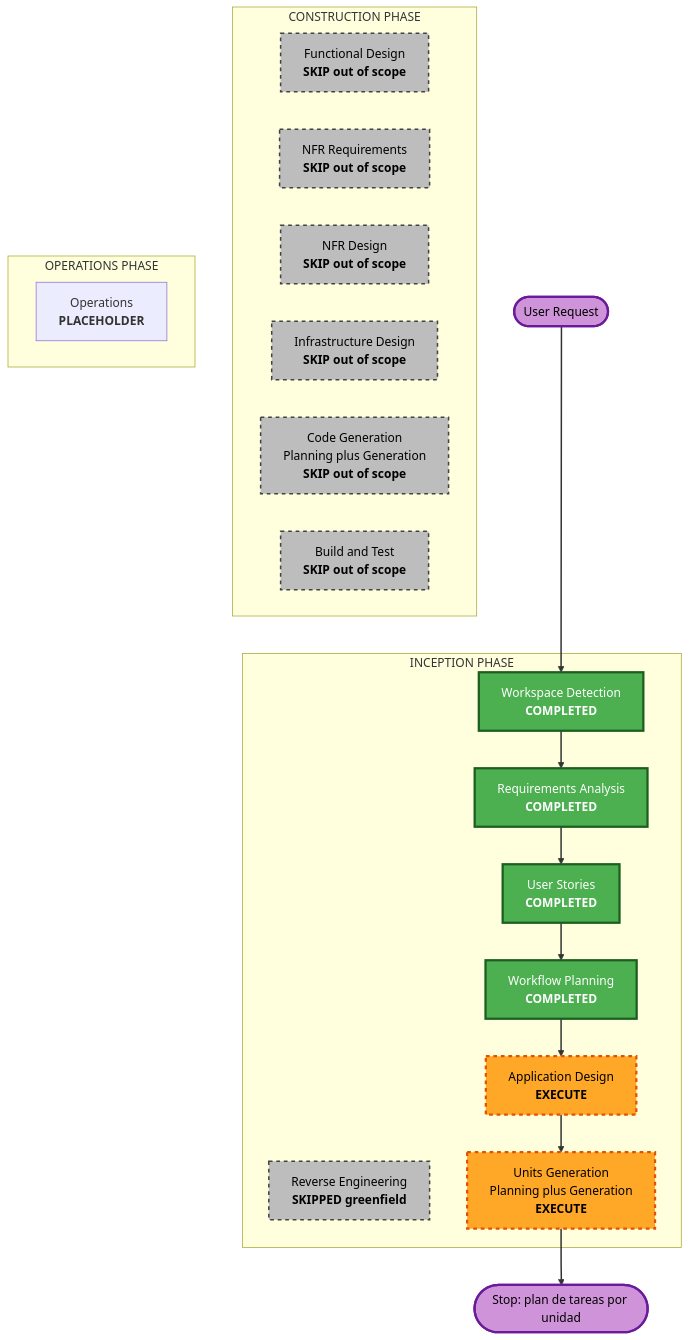
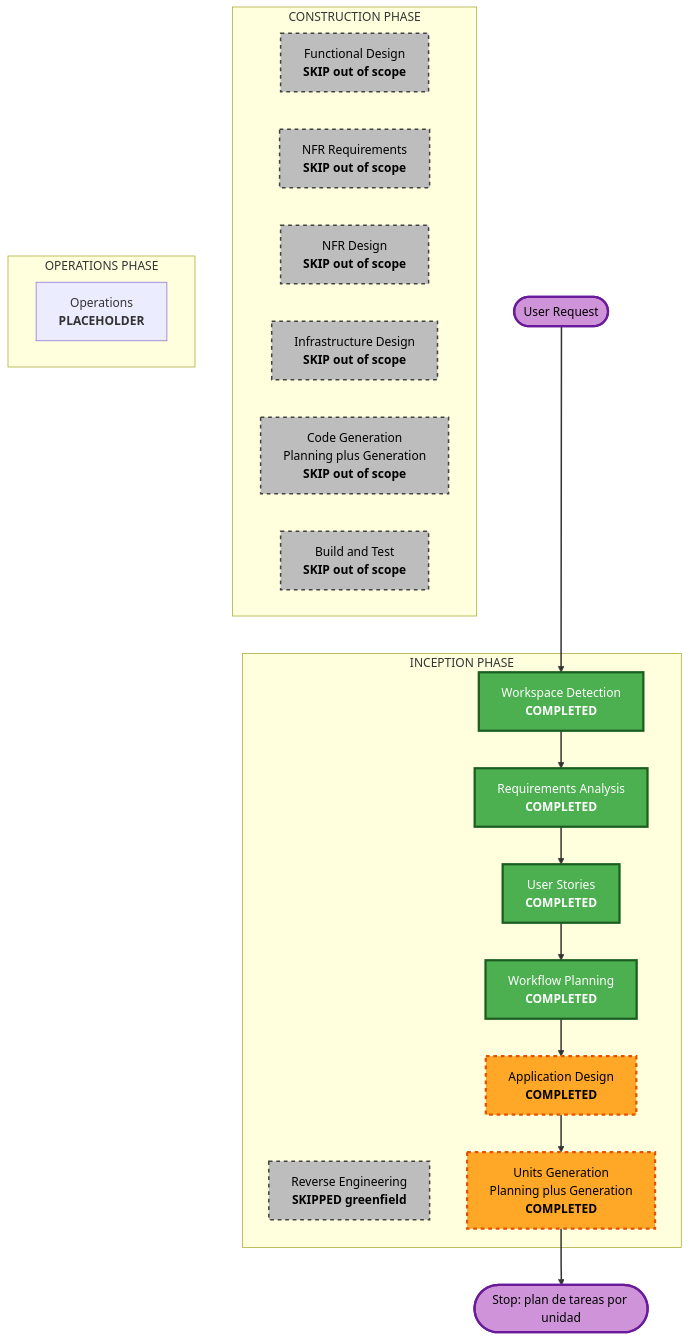
Before and after one commit to ogaston/agentic-qa-swarm: the diagram in aidlc-docs/inception/plans/execution-plan.md, drawn with Mermaid. The commit also changed other lines of this file and 25 other files, not shown here.

````diff
--- a/aidlc-docs/inception/plans/execution-plan.md
+++ b/aidlc-docs/inception/plans/execution-plan.md
@@ -19,53 +19,53 @@
 ```mermaid
 flowchart TD
     Start(["User Request"])
 
     subgraph INCEPTION["INCEPTION PHASE"]
         WD["Workspace Detection<br/><b>COMPLETED</b>"]
         RE["Reverse Engineering<br/><b>SKIPPED greenfield</b>"]
         RA["Requirements Analysis<br/><b>COMPLETED</b>"]
         US["User Stories<br/><b>COMPLETED</b>"]
         WP["Workflow Planning<br/><b>COMPLETED</b>"]
-        AD["Application Design<br/><b>EXECUTE</b>"]
-        UG["Units Generation<br/>Planning plus Generation<br/><b>EXECUTE</b>"]
+        AD["Application Design<br/><b>COMPLETED</b>"]
+        UG["Units Generation<br/>Planning plus Generation<br/><b>COMPLETED</b>"]
     end
 
     subgraph CONSTRUCTION["CONSTRUCTION PHASE"]
         FD["Functional Design<br/><b>SKIP out of scope</b>"]
         NFRA["NFR Requirements<br/><b>SKIP out of scope</b>"]
         NFRD["NFR Design<br/><b>SKIP out of scope</b>"]
         ID["Infrastructure Design<br/><b>SKIP out of scope</b>"]
         CG["Code Generation<br/>Planning plus Generation<br/><b>SKIP out of scope</b>"]
         BT["Build and Test<br/><b>SKIP out of scope</b>"]
     end
 
     subgraph OPERATIONS["OPERATIONS PHASE"]
         OPS["Operations<br/><b>PLACEHOLDER</b>"]
     end
 
     Start --> WD
     WD --> RA
     RA --> US
     US --> WP
     WP --> AD
     AD --> UG
     UG --> End(["Stop: plan de tareas por unidad"])
 
     style WD fill:#4CAF50,stroke:#1B5E20,stroke-width:3px,color:#fff
     style RA fill:#4CAF50,stroke:#1B5E20,stroke-width:3px,color:#fff
     style US fill:#4CAF50,stroke:#1B5E20,stroke-width:3px,color:#fff
     style WP fill:#4CAF50,stroke:#1B5E20,stroke-width:3px,color:#fff
     style AD fill:#FFA726,stroke:#E65100,stroke-width:3px,stroke-dasharray:5 5,color:#000
     style UG fill:#FFA726,stroke:#E65100,stroke-width:3px,stroke-dasharray:5 5,color:#000
     style RE fill:#BDBDBD,stroke:#424242,stroke-width:2px,stroke-dasharray:5 5,color:#000
     style FD fill:#BDBDBD,stroke:#424242,stroke-width:2px,stroke-dasharray:5 5,color:#000
     style NFRA fill:#BDBDBD,stroke:#424242,stroke-width:2px,stroke-dasharray:5 5,color:#000
     style NFRD fill:#BDBDBD,stroke:#424242,stroke-width:2px,stroke-dasharray:5 5,color:#000
     style ID fill:#BDBDBD,stroke:#424242,stroke-width:2px,stroke-dasharray:5 5,color:#000
     style CG fill:#BDBDBD,stroke:#424242,stroke-width:2px,stroke-dasharray:5 5,color:#000
     style BT fill:#BDBDBD,stroke:#424242,stroke-width:2px,stroke-dasharray:5 5,color:#000
     style Start fill:#CE93D8,stroke:#6A1B9A,stroke-width:3px,color:#000
     style End fill:#CE93D8,stroke:#6A1B9A,stroke-width:3px,color:#000
 
     linkStyle default stroke:#333,stroke-width:2px
 ```
````
